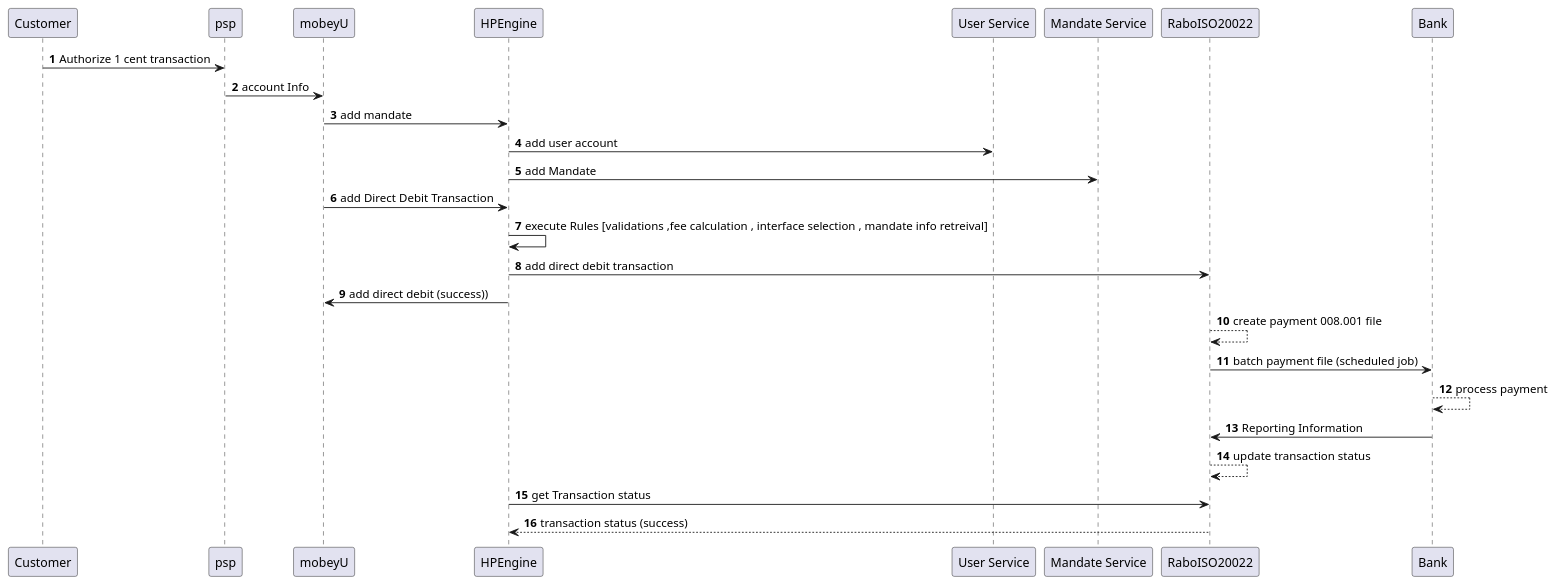
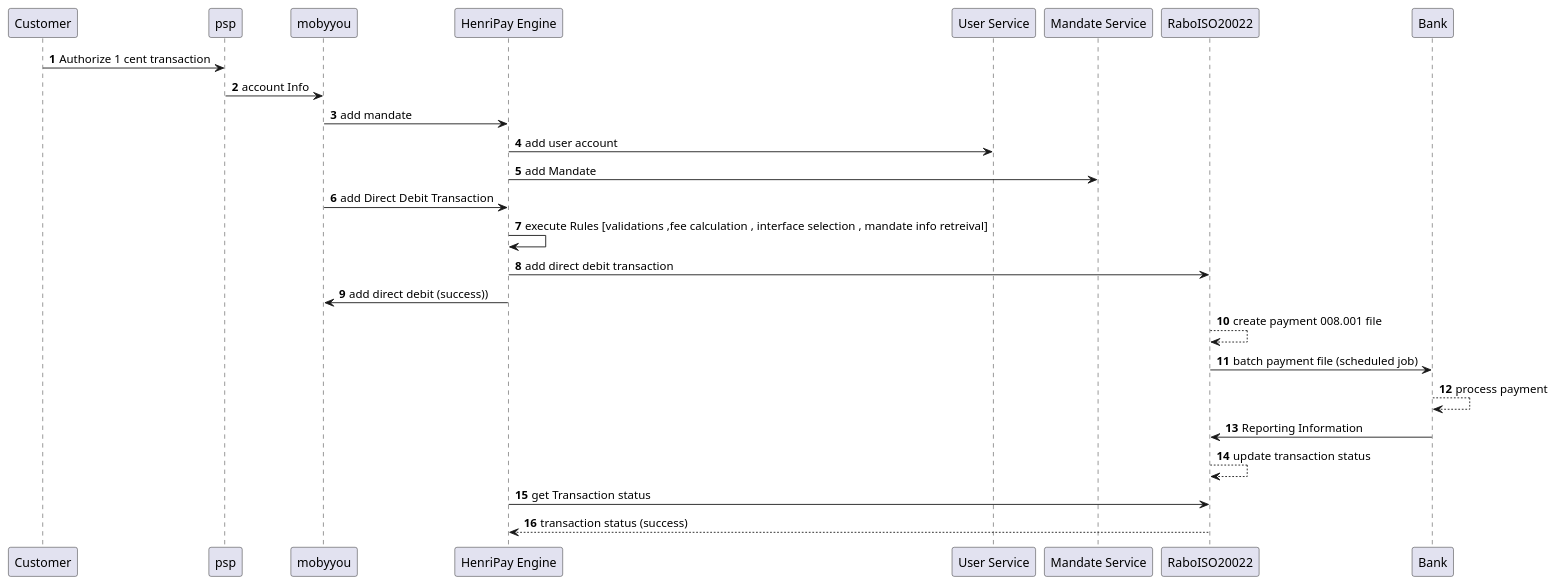
One commit to saidkhalfaoui/xpay changed the diagram in src/main/resources/sequences/Levy-usecase/PaymentHappyPath.puml. Above: the diagram before and after it, drawn with PlantUML. The commit also changed 10 other files, not shown here.

```diff
--- a/src/main/resources/sequences/Levy-usecase/PaymentHappyPath.puml
+++ b/src/main/resources/sequences/Levy-usecase/PaymentHappyPath.puml
@@ -1,23 +1,23 @@
 @startuml
 'https://plantuml.com/sequence-diagram
 
 autonumber
 "Customer" -> psp : Authorize 1 cent transaction
-psp -> mobeyU: account Info
-mobeyU->HPEngine: add mandate
-HPEngine-> "User Service": add user account
-HPEngine-> "Mandate Service": add Mandate
-mobeyU->HPEngine : add Direct Debit Transaction
-HPEngine->HPEngine: execute Rules [validations ,fee calculation , interface selection , mandate info retreival]
-HPEngine->RaboISO20022: add direct debit transaction
-HPEngine->mobeyU: add direct debit (success))
+psp -> mobyyou: account Info
+mobyyou->"HenriPay Engine": add mandate
+"HenriPay Engine"-> "User Service": add user account
+"HenriPay Engine"-> "Mandate Service": add Mandate
+mobyyou->"HenriPay Engine" : add Direct Debit Transaction
+"HenriPay Engine"->"HenriPay Engine": execute Rules [validations ,fee calculation , interface selection , mandate info retreival]
+"HenriPay Engine"->RaboISO20022: add direct debit transaction
+"HenriPay Engine"->mobyyou: add direct debit (success))
 RaboISO20022-->RaboISO20022 : create payment 008.001 file
 RaboISO20022->Bank : batch payment file (scheduled job)
 Bank-->Bank: process payment
 Bank->RaboISO20022: Reporting Information
 RaboISO20022-->RaboISO20022 : update transaction status
-HPEngine-> RaboISO20022 : get Transaction status
-RaboISO20022-->HPEngine : transaction status (success)
+"HenriPay Engine"-> RaboISO20022 : get Transaction status
+RaboISO20022-->"HenriPay Engine" : transaction status (success)
 
 
 @enduml
```
